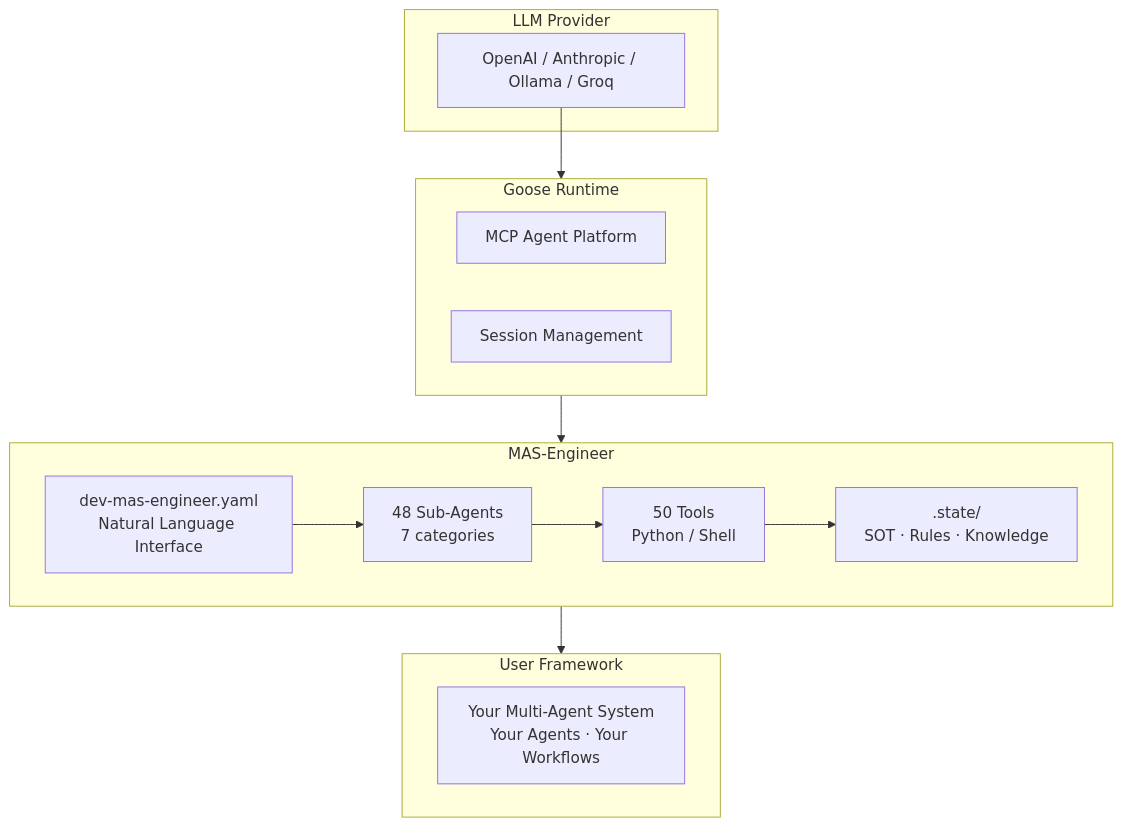
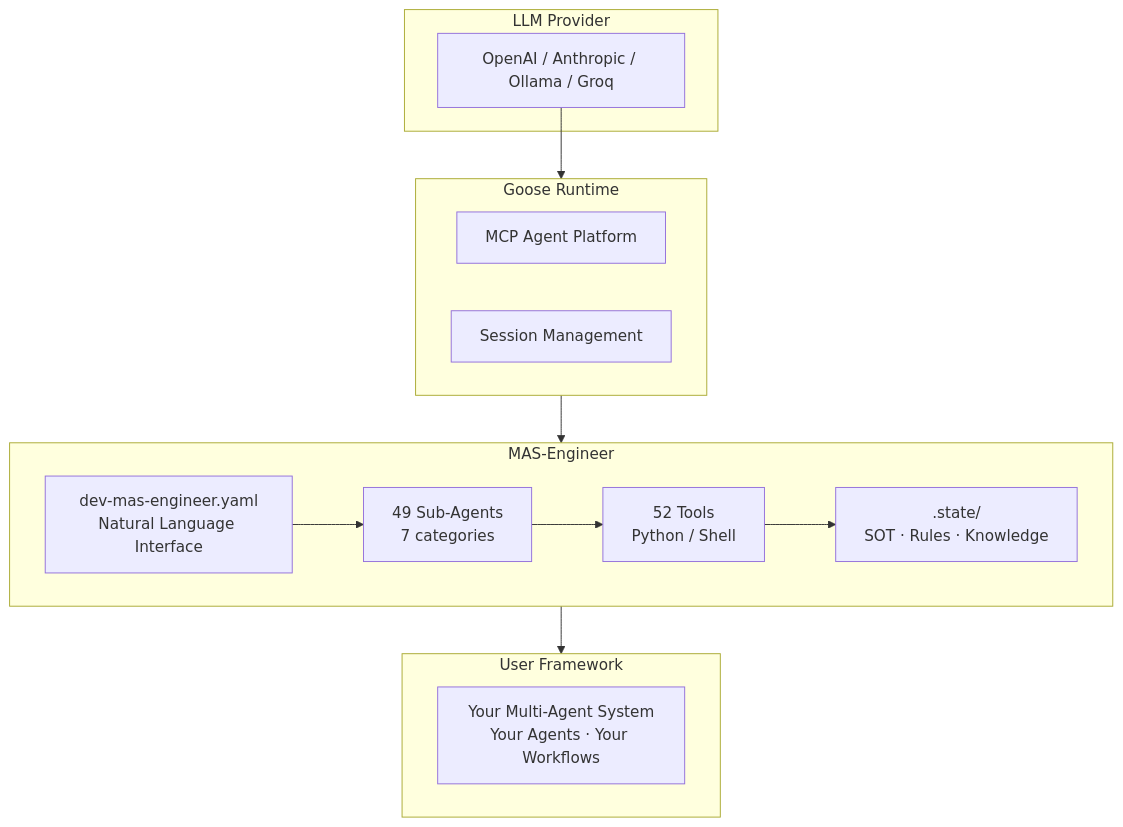
One commit to mczardybon/mas-engineer changed the first of 5 diagrams in docs/architecture.md. Above: the diagram before and after it, drawn with Mermaid. The commit also changed other lines of this file and 23 other files, not shown here.

````diff
--- a/docs/architecture.md
+++ b/docs/architecture.md
@@ -5,26 +5,26 @@
 ```mermaid
 flowchart TB
     subgraph LLM["LLM Provider"]
         L1["OpenAI / Anthropic / Ollama / Groq"]
     end
     subgraph GOOSE["Goose Runtime"]
         G1["MCP Agent Platform"]
         G2["Session Management"]
     end
     subgraph ENGINEER["MAS-Engineer"]
         E1["dev-mas-engineer.yaml\nNatural Language Interface"]
-        E2["48 Sub-Agents\n7 categories"]
-        E3["50 Tools\nPython / Shell"]
+        E2["49 Sub-Agents\n7 categories"]
+        E3["52 Tools\nPython / Shell"]
         E4[".state/\nSOT · Rules · Knowledge"]
     end
     subgraph USER["User Framework"]
         U1["Your Multi-Agent System\nYour Agents · Your Workflows"]
     end
 
     L1 --> GOOSE
     GOOSE --> ENGINEER
     ENGINEER --> USER
     E1 --> E2
     E2 --> E3
     E3 --> E4
 ```
````
